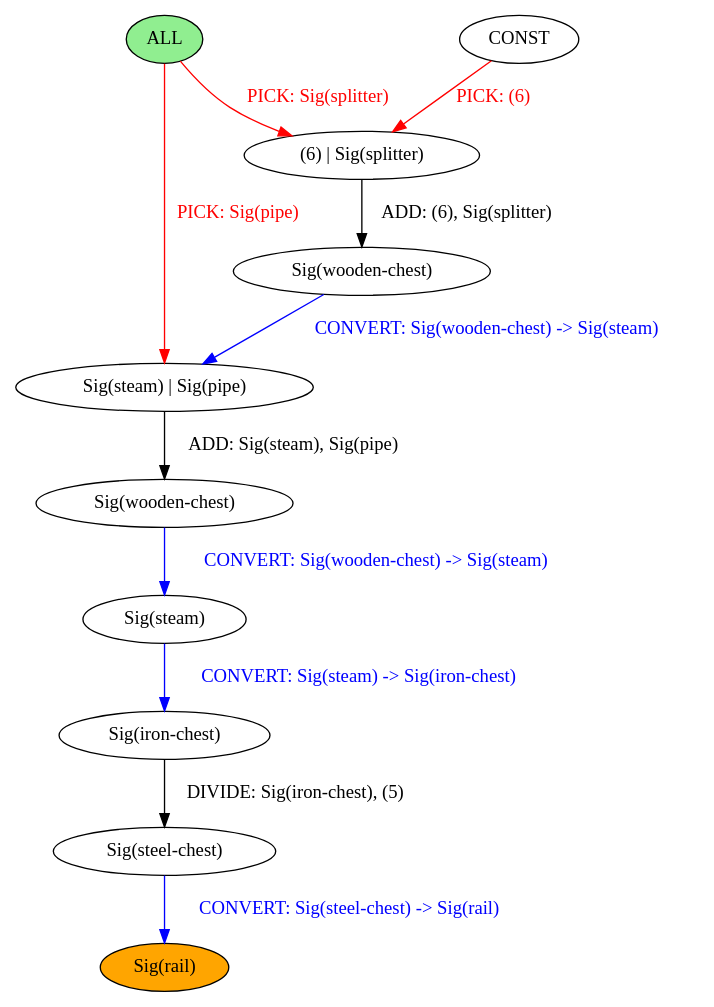
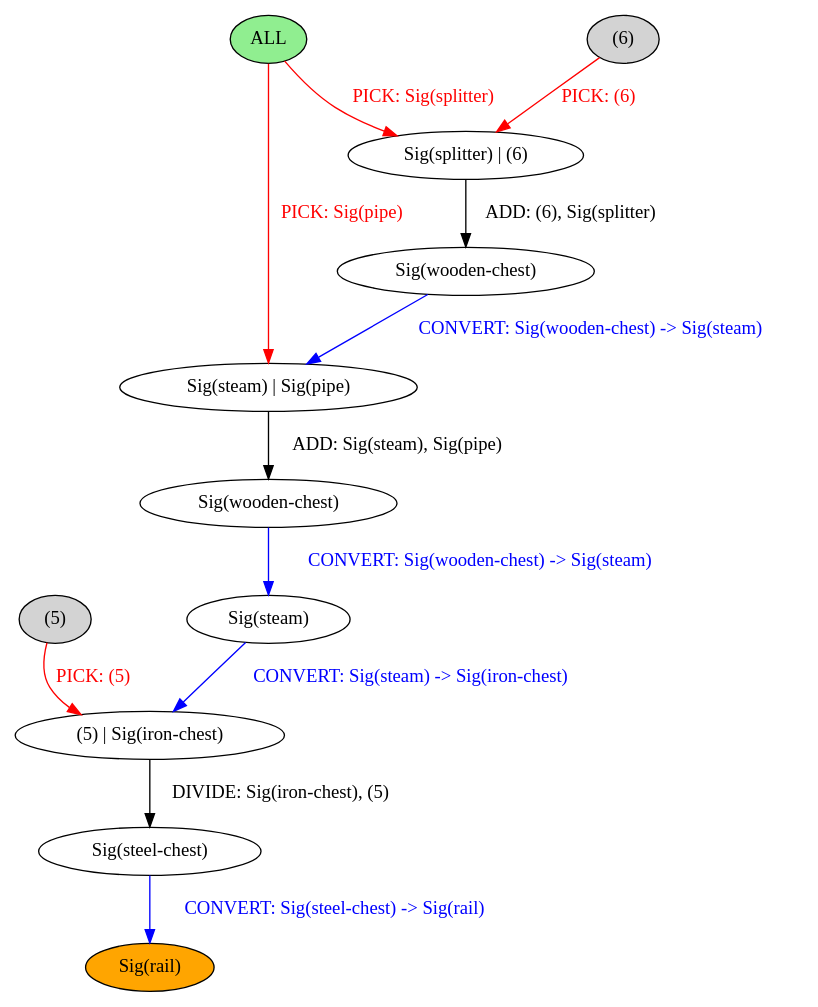
Before and after one commit to BalderHolst/chef: the diagram in chef-lang/examples/link_block.output.dot, drawn with Graphviz. The commit also changed 18 other files, not shown here.

```diff
--- a/chef-lang/examples/link_block.output.dot
+++ b/chef-lang/examples/link_block.output.dot
@@ -1,23 +1,25 @@
 strict digraph {
 	nodesep=1
 	7	[style=filled fillcolor=white label="Sig(wooden-chest)"]
-	6	[style=filled fillcolor=white label="CONST"]
 	0	[style=filled fillcolor=lightgreen label="ALL"]
+	3	[style=filled fillcolor=lightgray label="(6)"]
 	13	[style=filled fillcolor=white label="Sig(steam) | Sig(pipe)"]
 	12	[style=filled fillcolor=white label="Sig(wooden-chest)"]
+	15	[style=filled fillcolor=lightgray label="(5)"]
 	9	[style=filled fillcolor=white label="Sig(steam)"]
-	8	[style=filled fillcolor=white label="(6) | Sig(splitter)"]
+	8	[style=filled fillcolor=white label="Sig(splitter) | (6)"]
 	17	[style=filled fillcolor=white label="Sig(steel-chest)"]
-	16	[style=filled fillcolor=white label="Sig(iron-chest)"]
+	16	[style=filled fillcolor=white label="(5) | Sig(iron-chest)"]
 	18	[style=filled fillcolor=orange label="Sig(rail)"]
 	7 -> 13	[label="CONVERT: Sig(wooden-chest) -> Sig(steam)" color=blue fontcolor=blue]
-	6 -> 8	[label="PICK: (6)" color=red fontcolor=red]
 	0 -> 13	[label="PICK: Sig(pipe)" color=red fontcolor=red]
 	0 -> 8	[label="PICK: Sig(splitter)" color=red fontcolor=red]
+	3 -> 8	[label="PICK: (6)" color=red fontcolor=red]
 	13 -> 12	[label="ADD: Sig(steam), Sig(pipe)" color=black fontcolor=black]
 	12 -> 9	[label="CONVERT: Sig(wooden-chest) -> Sig(steam)" color=blue fontcolor=blue]
+	15 -> 16	[label="PICK: (5)" color=red fontcolor=red]
 	9 -> 16	[label="CONVERT: Sig(steam) -> Sig(iron-chest)" color=blue fontcolor=blue]
 	8 -> 7	[label="ADD: (6), Sig(splitter)" color=black fontcolor=black]
 	17 -> 18	[label="CONVERT: Sig(steel-chest) -> Sig(rail)" color=blue fontcolor=blue]
 	16 -> 17	[label="DIVIDE: Sig(iron-chest), (5)" color=black fontcolor=black]
 }
```
